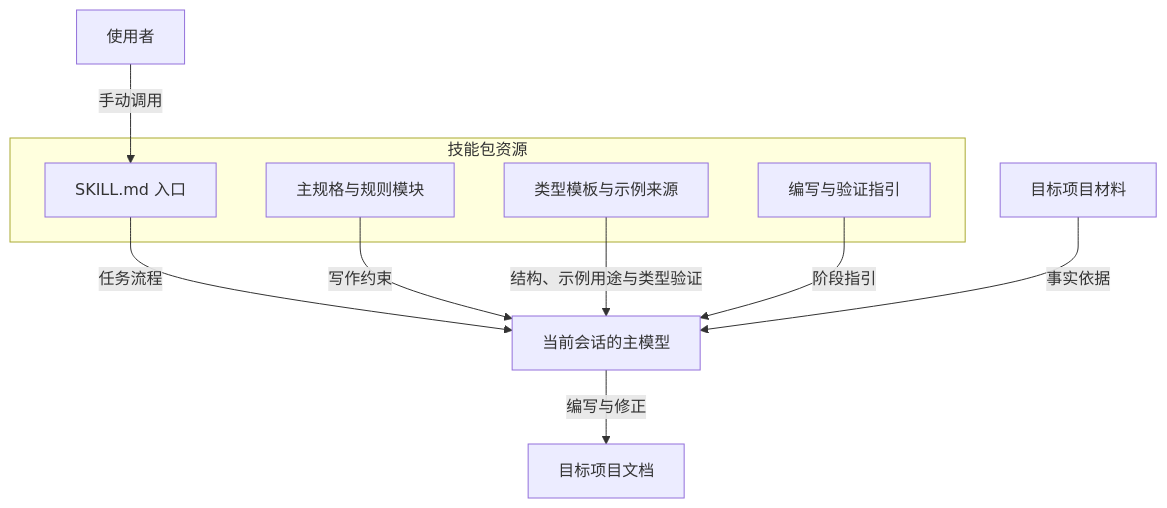
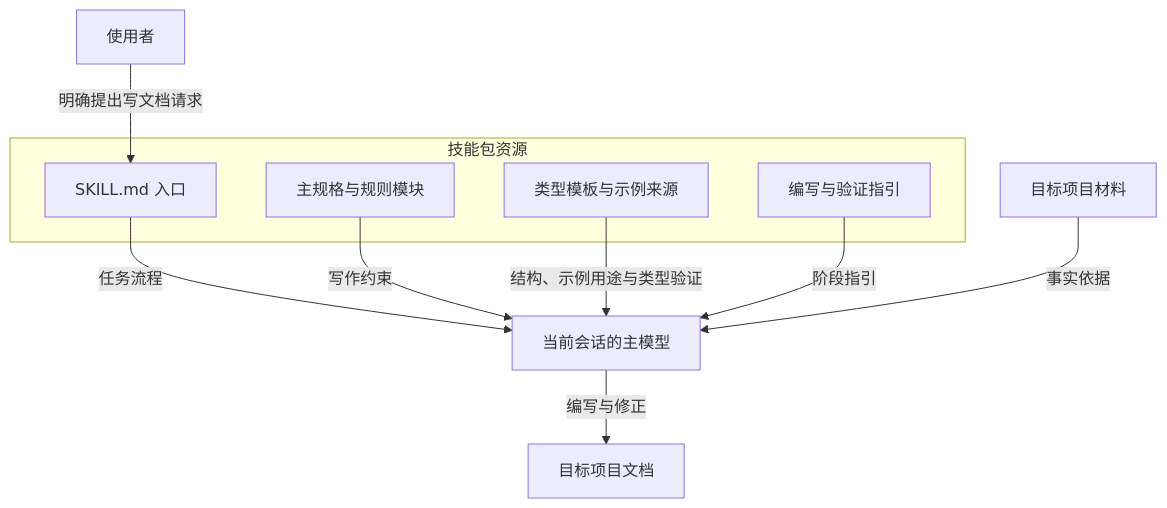
The first of 2 diagrams in docs/guide/architecture.md (blankhoney/doc-writer), drawn with Mermaid before and after one commit. The commit also changed other lines of this file and 8 other files, not shown here.

````diff
--- a/docs/guide/architecture.md
+++ b/docs/guide/architecture.md
@@ -42,16 +42,16 @@
 ```mermaid
 flowchart TB
-    user[使用者] -->|手动调用| entry[SKILL.md 入口]
+    user[使用者] -->|明确提出写文档请求| entry[SKILL.md 入口]
     subgraph package[技能包资源]
         entry
         rules[主规格与规则模块]
         templates[类型模板与示例来源]
         assist[编写与验证指引]
     end
     entry -->|任务流程| model[当前会话的主模型]
     rules -->|写作约束| model
     templates -->|结构、示例用途与类型验证| model
     assist -->|阶段指引| model
     evidence[目标项目材料] -->|事实依据| model
     model -->|编写与修正| document[目标项目文档]
 ```
````
